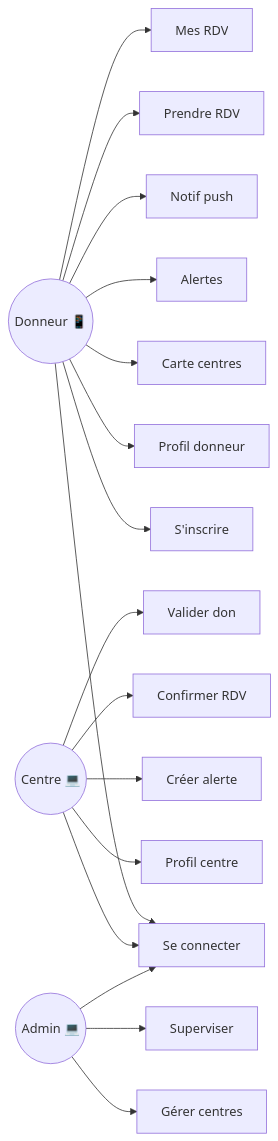
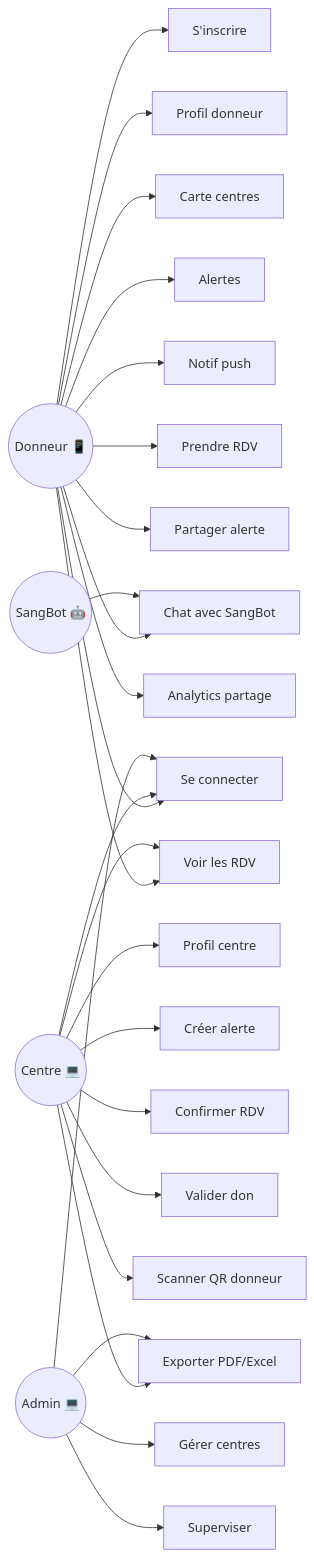
One commit to senmos26/bloodlink changed the first of 5 diagrams in docs/CAHIER_DES_CHARGES_V2.md. Above: the diagram before and after it, drawn with Mermaid. The commit also changed other lines of this file and 1 other file, not shown here.

Commit message:
docs: update Cahier des charges V2 and Architecture docs with full app analysis and pg_net webhook flow

````diff
--- a/docs/CAHIER_DES_CHARGES_V2.md
+++ b/docs/CAHIER_DES_CHARGES_V2.md
@@ -159,22 +159,35 @@
 ```mermaid
 graph LR
     D((Donneur 📱))
     C((Centre 💻))
     A((Admin 💻))
+    SB((SangBot 🤖))
+    
     D --> UC01[S'inscrire]
     D --> UC02[Se connecter]
     D --> UC04[Profil donneur]
     D --> UC06[Carte centres]
     D --> UC08[Alertes]
     D --> UC09[Notif push]
     D --> UC10[Prendre RDV]
     D --> UC11[Mes RDV]
+    D --> UC16[Chat avec SangBot]
+    D --> UC17[Partager alerte]
+    D --> UC18[Analytics partage]
+    
     C --> UC02
     C --> UC05[Profil centre]
     C --> UC07[Créer alerte]
+    C --> UC11[Voir les RDV]
     C --> UC12[Confirmer RDV]
     C --> UC13[Valider don]
+    C --> UC19[Scanner QR donneur]
+    C --> UC20[Exporter PDF/Excel]
+    
     A --> UC02
     A --> UC14[Gérer centres]
     A --> UC15[Superviser]
+    A --> UC20
+    
+    SB --> UC16
 ```
````
